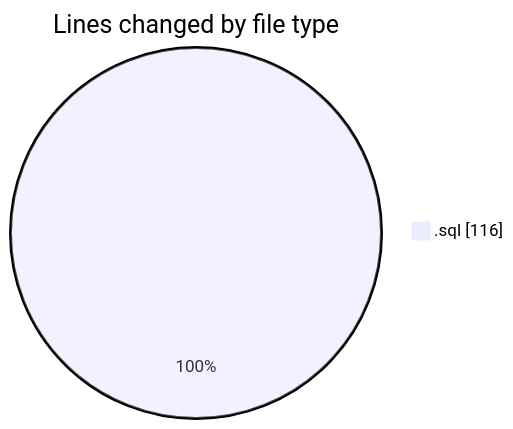
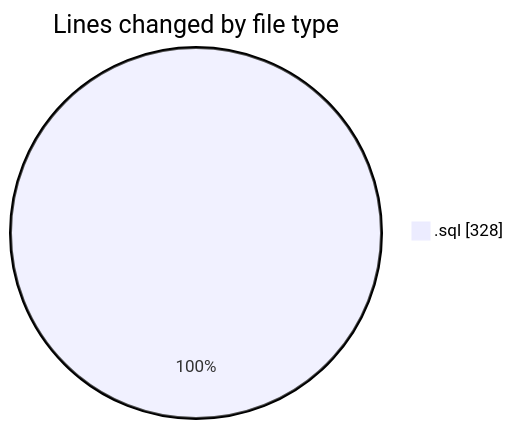
Before and after one commit to ricardozamudiocil/code-tracking: the first of 2 diagrams in 2026-11-27/informesdocpath/README.md, drawn with Mermaid. The commit also changed other lines of this file and 1 other file, not shown here.

````diff
--- a/2026-11-27/informesdocpath/README.md
+++ b/2026-11-27/informesdocpath/README.md
@@ -20,5 +21,5 @@
 ```mermaid
 pie showData
 title Lines changed by file type
-".sql" : 116
+".sql" : 328
 ```
````
